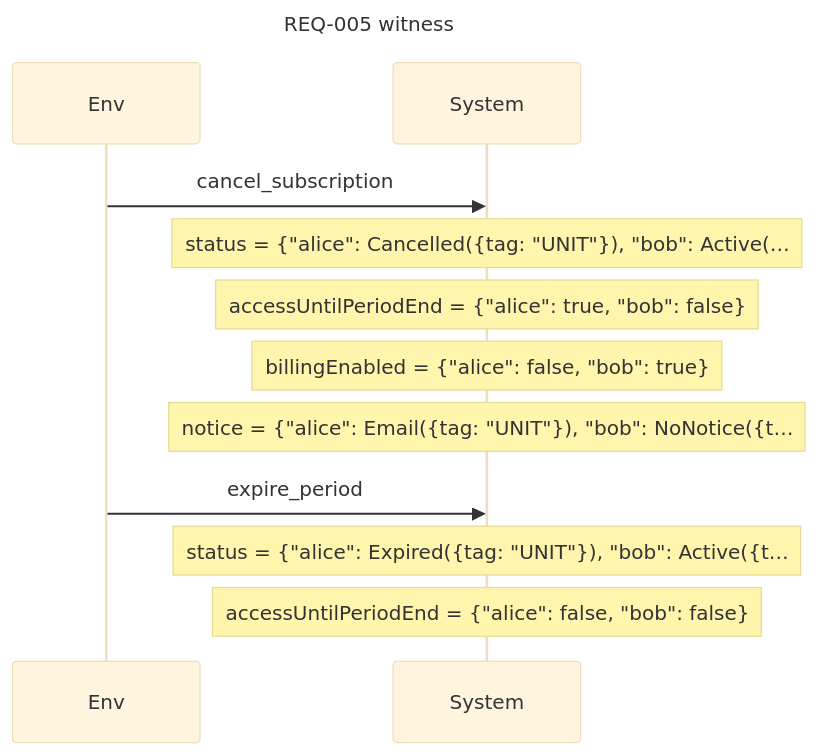
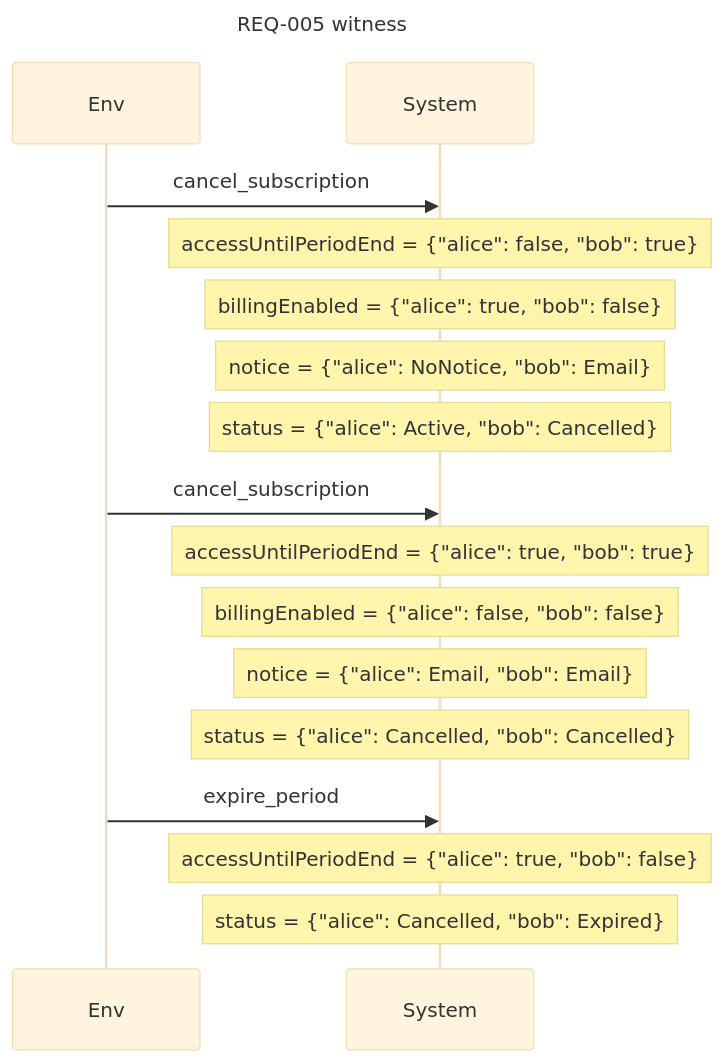
Before and after one commit to AlesKracik/quintessence: the sixth of 8 diagrams in examples/specs/subscription.readback.md, drawn with Mermaid (base theme). The commit also changed other lines of this file and 53 other files, not shown here.

````diff
--- a/examples/specs/subscription.readback.md
+++ b/examples/specs/subscription.readback.md
@@ -437,14 +448,19 @@
 ```mermaid
 sequenceDiagram
     title REQ-005 witness
     participant E as Env
     participant S as System
     E->>S: cancel_subscription
-    Note over S: status = {"alice": Cancelled({tag: "UNIT"}), "bob": Active(…
+    Note over S: accessUntilPeriodEnd = {"alice": false, "bob": true}
+    Note over S: billingEnabled = {"alice": true, "bob": false}
+    Note over S: notice = {"alice": NoNotice, "bob": Email}
+    Note over S: status = {"alice": Active, "bob": Cancelled}
+    E->>S: cancel_subscription
+    Note over S: accessUntilPeriodEnd = {"alice": true, "bob": true}
+    Note over S: billingEnabled = {"alice": false, "bob": false}
+    Note over S: notice = {"alice": Email, "bob": Email}
+    Note over S: status = {"alice": Cancelled, "bob": Cancelled}
+    E->>S: expire_period
     Note over S: accessUntilPeriodEnd = {"alice": true, "bob": false}
-    Note over S: billingEnabled = {"alice": false, "bob": true}
-    Note over S: notice = {"alice": Email({tag: "UNIT"}), "bob": NoNotice({t…
-    E->>S: expire_period
-    Note over S: status = {"alice": Expired({tag: "UNIT"}), "bob": Active({t…
-    Note over S: accessUntilPeriodEnd = {"alice": false, "bob": false}
+    Note over S: status = {"alice": Cancelled, "bob": Expired}
 ```
````
